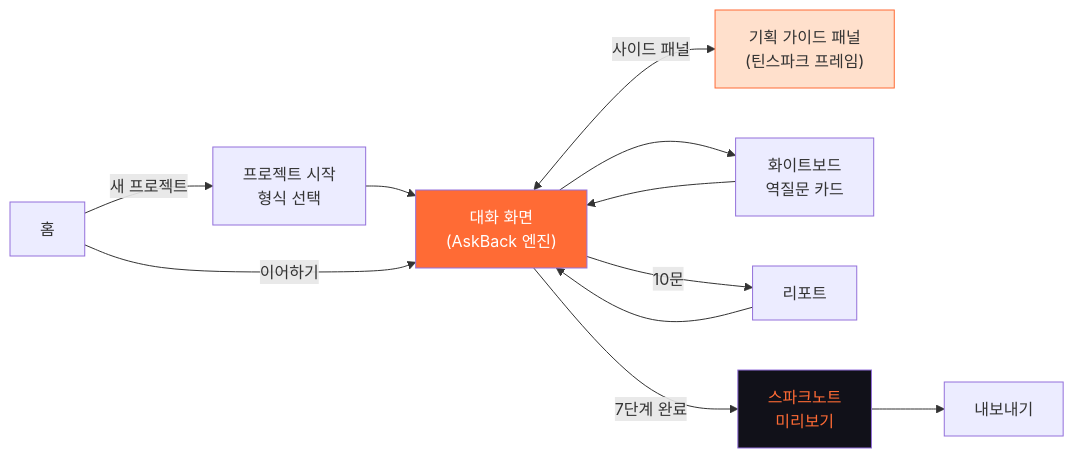
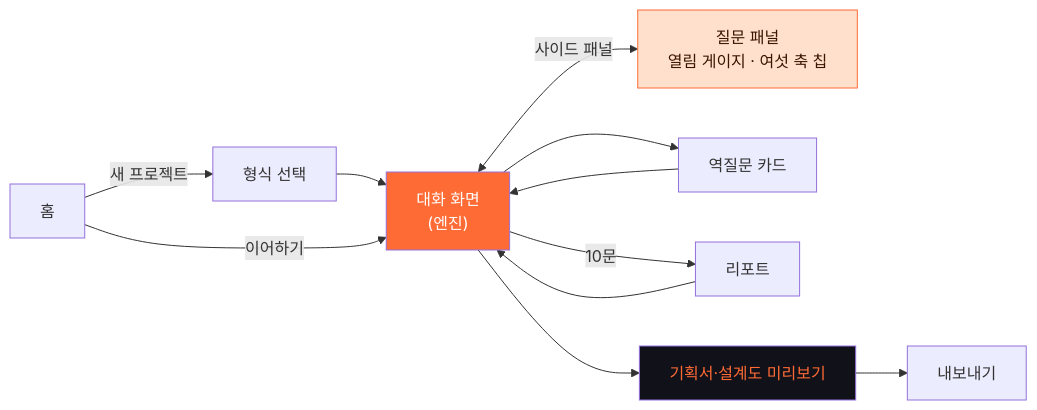
Before and after one commit to Collegenie-X/askback: diagram 13 of 15 in 틴스파크AI_기획문서.md, drawn with Mermaid. The commit also changed other lines of this file and 23 other files, not shown here.

````diff
--- a/틴스파크AI_기획문서.md
+++ b/틴스파크AI_기획문서.md
@@ -548,22 +491,12 @@
 ```mermaid
 flowchart LR
-  HOME["홈"]
-  NEW["프로젝트 시작<br/>형식 선택"]
-  CHAT["대화 화면<br/>(AskBack 엔진)"]
-  GUIDE["기획 가이드 패널<br/>(틴스파크 프레임)"]
-  WB["화이트보드<br/>역질문 카드"]
-  RPT["리포트"]
-  NOTE["스파크노트<br/>미리보기"]
-  EXPORT["내보내기"]
-
-  HOME -->|새 프로젝트| NEW --> CHAT
+  HOME["홈"] -->|새 프로젝트| NEW["형식 선택"] --> CHAT["대화 화면<br/>(엔진)"]
   HOME -->|이어하기| CHAT
-  CHAT <-->|사이드 패널| GUIDE
-  CHAT --> WB --> CHAT
-  CHAT -->|10문| RPT --> CHAT
-  CHAT -->|7단계 완료| NOTE --> EXPORT
-
-  style CHAT fill:#FF6B35,color:#fff
-  style GUIDE fill:#FFE0CC,stroke:#FF6B35
+  CHAT <-->|사이드 패널| PANEL["질문 패널<br/>열림 게이지 · 여섯 축 칩"]
+  CHAT --> WB["역질문 카드"] --> CHAT
+  CHAT -->|10문| RPT["리포트"] --> CHAT
+  CHAT --> NOTE["기획서·설계도 미리보기"] --> EXPORT["내보내기"]
+  style CHAT fill:#FF6B35,color:#ffffff
+  style PANEL fill:#FFE0CC,stroke:#FF6B35,color:#3a1500
   style NOTE fill:#111119,color:#FF6B35
 ```
````
